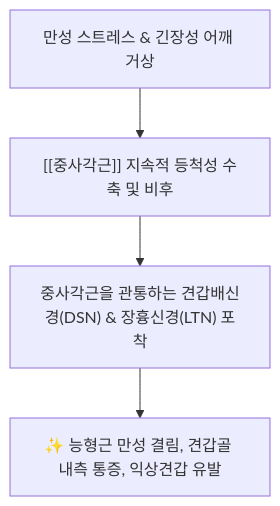
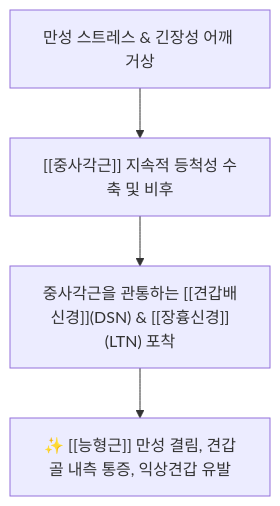
The second of 3 diagrams in content/1. 근골격계 공부/근육/(2) 경부/중사각근.md (simbio11/simbio-digital-garden2), drawn with Mermaid before and after one commit. The commit also changed other lines of this file and 150 other files, not shown here.

````diff
--- a/content/1. 근골격계 공부/근육/(2) 경부/중사각근.md
+++ b/content/1. 근골격계 공부/근육/(2) 경부/중사각근.md
@@ -48,6 +63,6 @@
 ```mermaid
 graph TD
     EmotionalStress["만성 스트레스 & 긴장성 어깨 거상"] --> MediusHypertonus["[[중사각근]] 지속적 등척성 수축 및 비후"]
-    MediusHypertonus --> NervePiercing["중사각근을 관통하는 견갑배신경(DSN) & 장흉신경(LTN) 포착"]
-    NervePiercing --> ScapularPain["✨ 능형근 만성 결림, 견갑골 내측 통증, 익상견갑 유발"]
+    MediusHypertonus --> NervePiercing["중사각근을 관통하는 [[견갑배신경]](DSN) & [[장흉신경]](LTN) 포착"]
+    NervePiercing --> ScapularPain["✨ [[능형근]] 만성 결림, 견갑골 내측 통증, 익상견갑 유발"]
 ```
````
